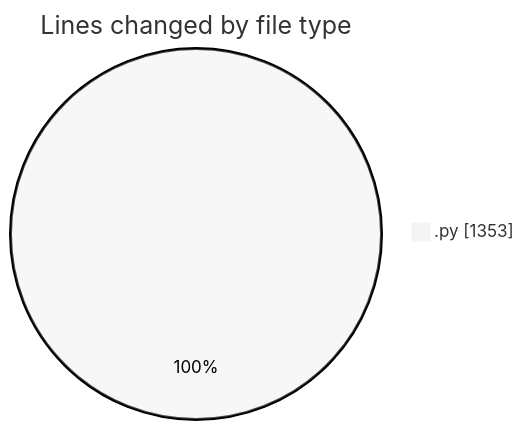
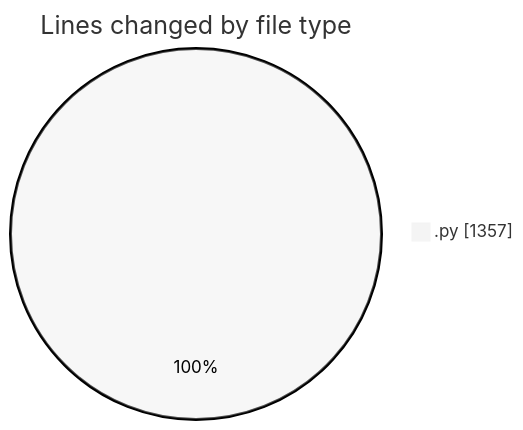
The first of 2 diagrams in 2025-10-15/eventscop-api-guide__workspace_/README.md (julien-gomy/code-tracking), drawn with Mermaid (neutral theme) before and after one commit. The commit also changed other lines of this file and 1 other file, not shown here.

````diff
--- a/2025-10-15/eventscop-api-guide__workspace_/README.md
+++ b/2025-10-15/eventscop-api-guide__workspace_/README.md
@@ -21,5 +21,5 @@
 ```mermaid
 pie showData
 title Lines changed by file type
-".py" : 1353
+".py" : 1357
 ```
````
